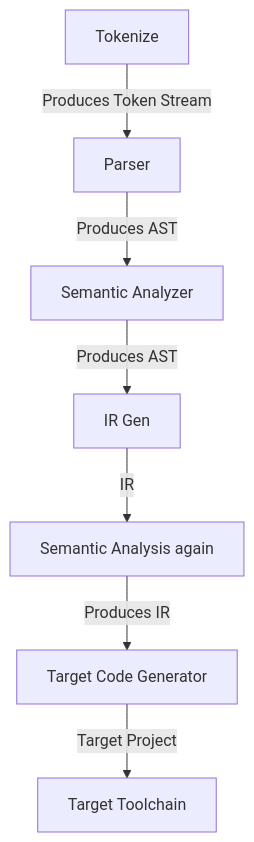
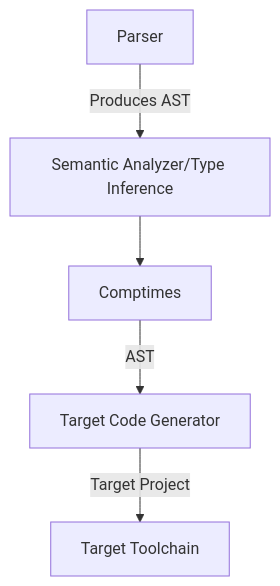
Before and after one commit to amirrezaask/loki: the diagram in README.md, drawn with Mermaid.

````diff
--- a/README.md
+++ b/README.md
@@ -5,10 +5,8 @@
 ```mermaid
 graph TD
-    A[Tokenize] -->|Produces Token Stream| B[Parser]
-    B --> |Produces AST| C[Semantic Analyzer]
-    C -->|Produces AST| D[IR Gen]
-    D --> |IR| X[Semantic Analysis again]
-    X --> |Produces IR| E[Target Code Generator]
-    E --> |Target Project| F[Target Toolchain]
+    A[Parser] --> |Produces AST| B[Semantic Analyzer/Type Inference]
+    B --> C[Comptimes]
+    C --> |AST| D[Target Code Generator]
+    D --> |Target Project| E[Target Toolchain]
                     
 ```
````
